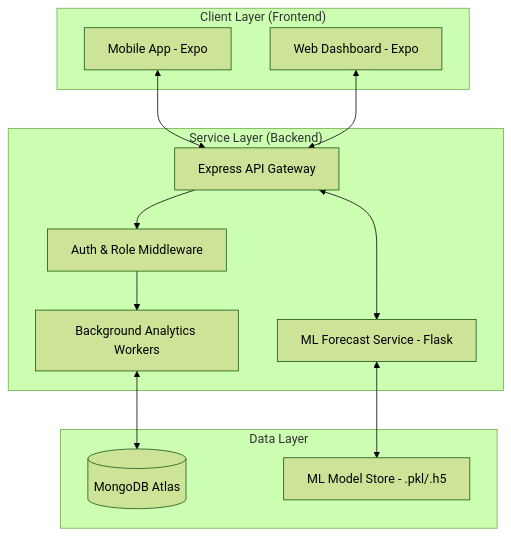
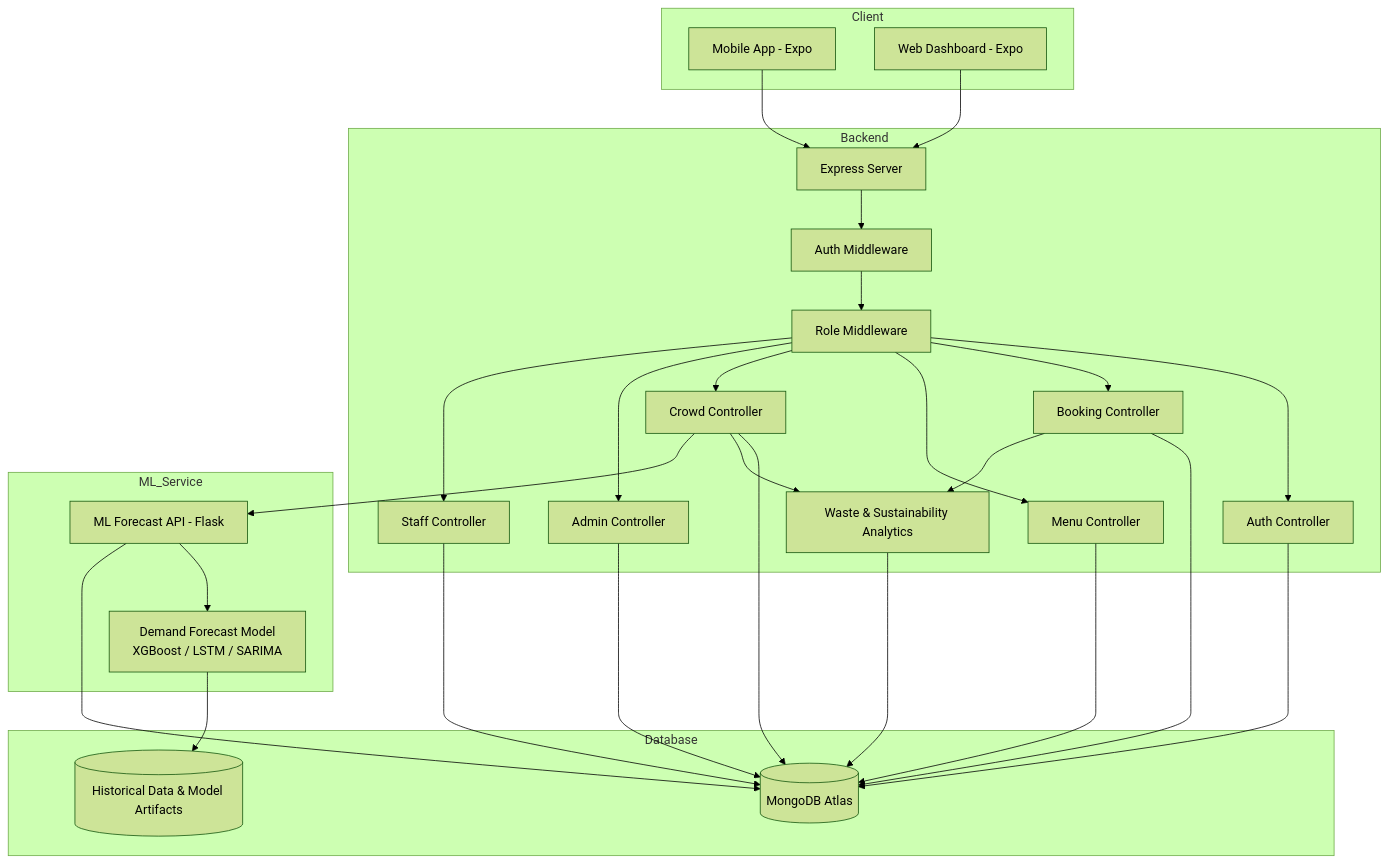
The diagram in README.md (SuryaSampreeth/smart-cafeteria-demand-forecasting-and-token-based-queue-optimization), drawn with Mermaid (forest theme) before and after one commit. The commit also changed other lines of this file, not shown here.

````diff
--- a/README.md
+++ b/README.md
@@ -41,27 +41,74 @@
 ```mermaid
 flowchart TD
-    subgraph ClientLayer ["Client Layer (Frontend)"]
+
+    %% Client Layer
+    subgraph Client
         A[Mobile App - Expo]
         B[Web Dashboard - Expo]
     end
 
-    subgraph ServiceLayer ["Service Layer (Backend)"]
-        D[Express API Gateway]
-        E[Auth & Role Middleware]
-        F[Background Analytics Workers]
-        G[ML Forecast Service - Flask]
+    %% Backend Layer
+    subgraph Backend
+        D[Express Server]
+        E[Auth Middleware]
+        F[Role Middleware]
+
+        G[Auth Controller]
+        H[Booking Controller]
+        I[Menu Controller]
+        J[Crowd Controller]
+        K[Admin Controller]
+        L[Staff Controller]
+
+        W[Waste & Sustainability Analytics]
     end
 
-    subgraph DataLayer ["Data Layer"]
-        M[(MongoDB Atlas)]
-        P[ML Model Store - .pkl/.h5]
+    %% ML Service Layer
+    subgraph ML_Service
+        N[ML Forecast API - Flask]
+        O[Demand Forecast Model\nXGBoost / LSTM / SARIMA]
     end
 
-    A <--> D
-    B <--> D
+    %% Database Layer
+    subgraph Database
+        M[(MongoDB Atlas)]
+        P[(Historical Data & Model Artifacts)]
+    end
+
+    %% Client Requests
+    A --> D
+    B --> D
+
+    %% Middleware Flow
     D --> E
     E --> F
-    F <--> M
-    D <--> G
-    G <--> P
+
+    %% Controller Access
+    F --> G
+    F --> H
+    F --> I
+    F --> J
+    F --> K
+    F --> L
+
+    %% Database Connections
+    G --> M
+    H --> M
+    I --> M
+    J --> M
+    K --> M
+    L --> M
+
+    %% Sustainability & Waste Reports
+    H --> W
+    J --> W
+    W --> M
+
+    %% ML Forecasting
+    J --> N
+    N --> O
+    O --> P
+
+    %% Predictions Stored
+    N --> M
 ```
````
